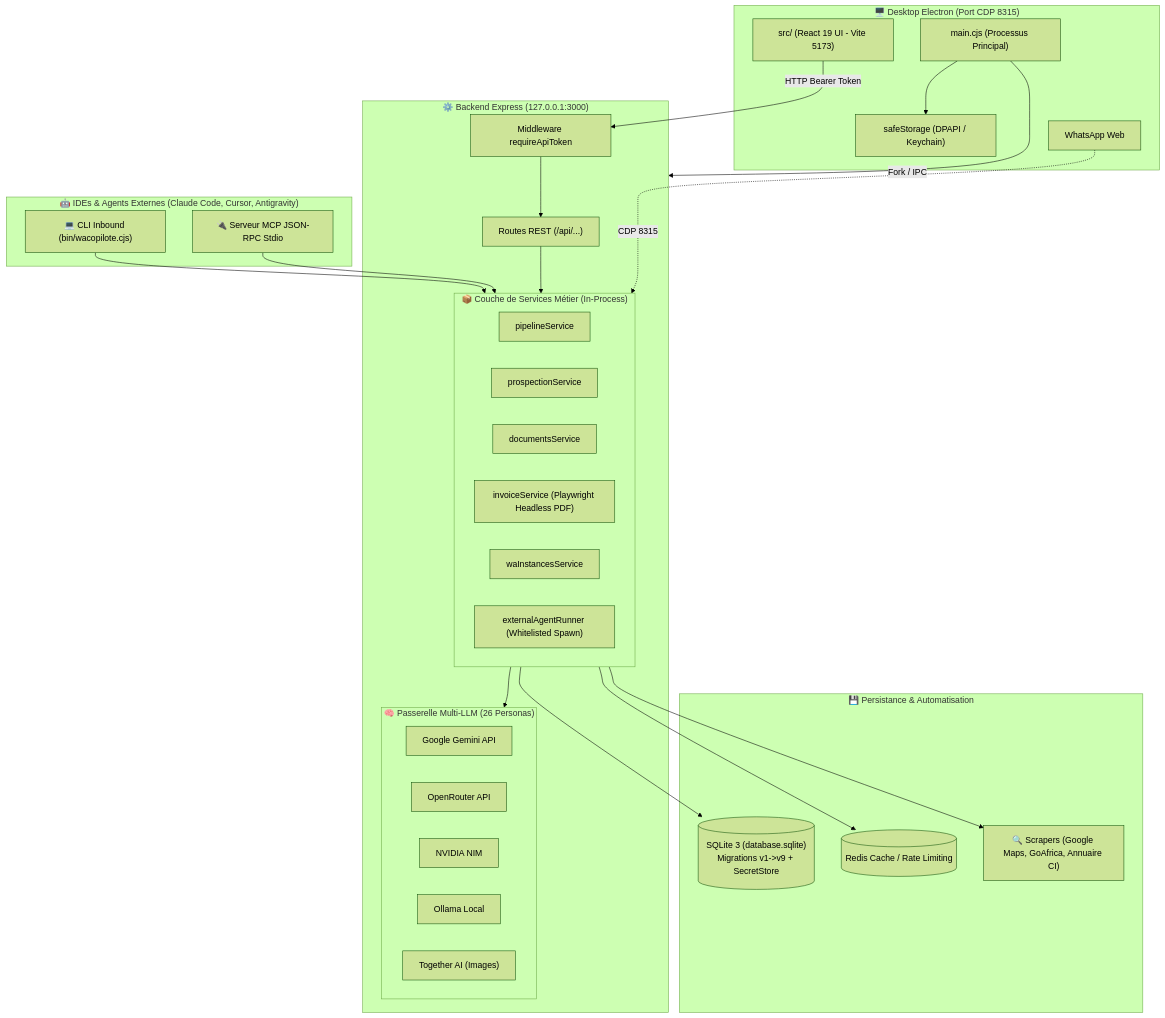
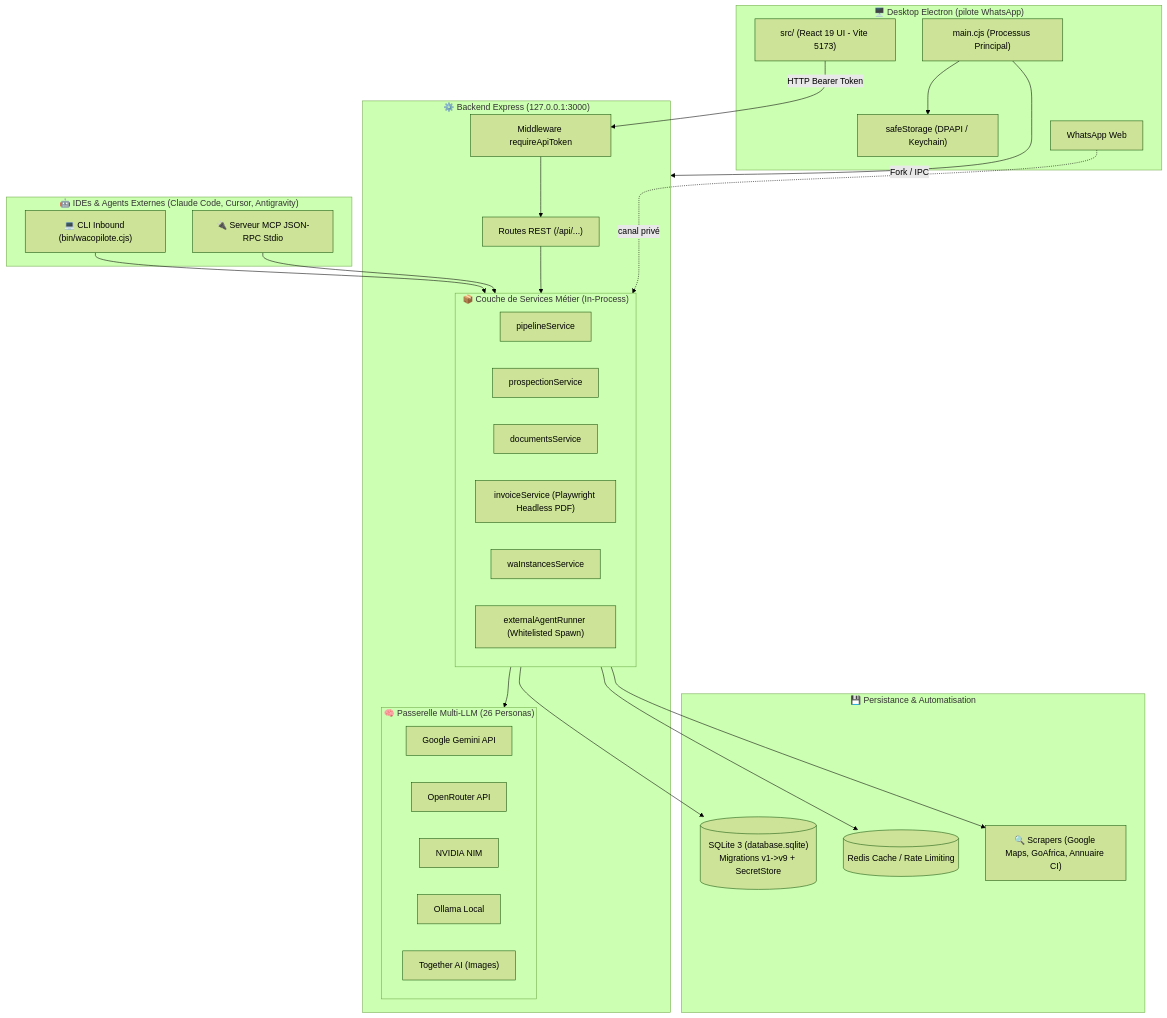
The second of 2 diagrams in whatsapp-ai-saas/docs/PROJECT_MENTAL_MAP.md (auceps-dev-team/lunar-nova), drawn with Mermaid (forest theme) before and after one commit. The commit also changed other lines of this file and 27 other files, not shown here.

````diff
--- a/whatsapp-ai-saas/docs/PROJECT_MENTAL_MAP.md
+++ b/whatsapp-ai-saas/docs/PROJECT_MENTAL_MAP.md
@@ -66,58 +66,58 @@
 ```mermaid
 flowchart TB
     subgraph IDE_AGENTS["🤖 IDEs & Agents Externes (Claude Code, Cursor, Antigravity)"]
         CLI["💻 CLI Inbound (bin/wacopilote.cjs)"]
         MCP["🔌 Serveur MCP JSON-RPC Stdio"]
     end
 
-    subgraph DESKTOP_ELECTRON["🖥️ Desktop Electron (Port CDP 8315)"]
+    subgraph DESKTOP_ELECTRON["🖥️ Desktop Electron (pilote WhatsApp)"]
         MAIN["main.cjs (Processus Principal)"]
         SAFE["safeStorage (DPAPI / Keychain)"]
         RENDERER["src/ (React 19 UI - Vite 5173)"]
         WEBVIEW["<webview> WhatsApp Web"]
     end
 
     subgraph BACKEND_EXPRESS["⚙️ Backend Express (127.0.0.1:3000)"]
         AUTH["Middleware requireApiToken"]
         ROUTERS["Routes REST (/api/...)"]
         
         subgraph SERVICES_LAYER["📦 Couche de Services Métier (In-Process)"]
             SRV_PIPE["pipelineService"]
             SRV_PROS["prospectionService"]
             SRV_DOCS["documentsService"]
             SRV_INV["invoiceService (Playwright Headless PDF)"]
             SRV_WA["waInstancesService"]
             SRV_CLI["externalAgentRunner (Whitelisted Spawn)"]
         end
 
         subgraph AI_GATEWAY["🧠 Passerelle Multi-LLM (26 Personas)"]
             GEMINI["Google Gemini API"]
             OPENROUTER["OpenRouter API"]
             NVIDIA["NVIDIA NIM"]
             OLLAMA["Ollama Local"]
             TOGETHER["Together AI (Images)"]
         end
     end
 
     subgraph DATA_LAYER["💾 Persistance & Automatisation"]
         SQLITE[("SQLite 3 (database.sqlite)\nMigrations v1->v9 + SecretStore")]
         REDIS[("Redis Cache / Rate Limiting")]
         SCRAPERS["🔍 Scrapers (Google Maps, GoAfrica, Annuaire CI)"]
     end
 
     %% Connexions
     CLI --> SERVICES_LAYER
     MCP --> SERVICES_LAYER
     RENDERER -->|HTTP Bearer Token| AUTH
     AUTH --> ROUTERS
     ROUTERS --> SERVICES_LAYER
     
     MAIN -->|Fork / IPC| BACKEND_EXPRESS
     MAIN --> SAFE
-    WEBVIEW -.->|CDP 8315| SERVICES_LAYER
+    WEBVIEW -.->|canal privé| SERVICES_LAYER
     
     SERVICES_LAYER --> AI_GATEWAY
     SERVICES_LAYER --> SQLITE
     SERVICES_LAYER --> REDIS
     SERVICES_LAYER --> SCRAPERS
 ```
````
